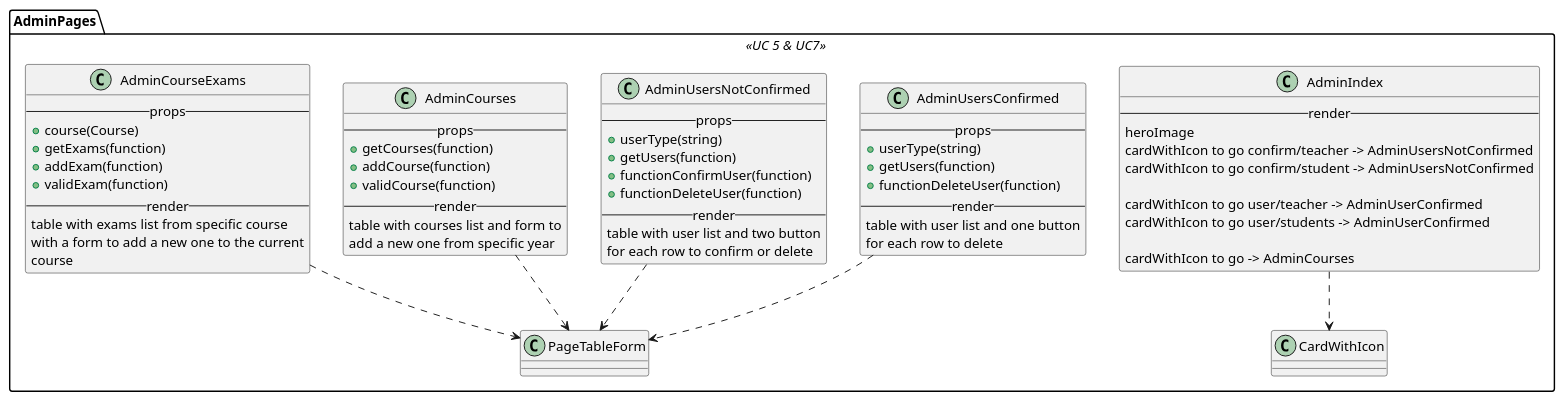
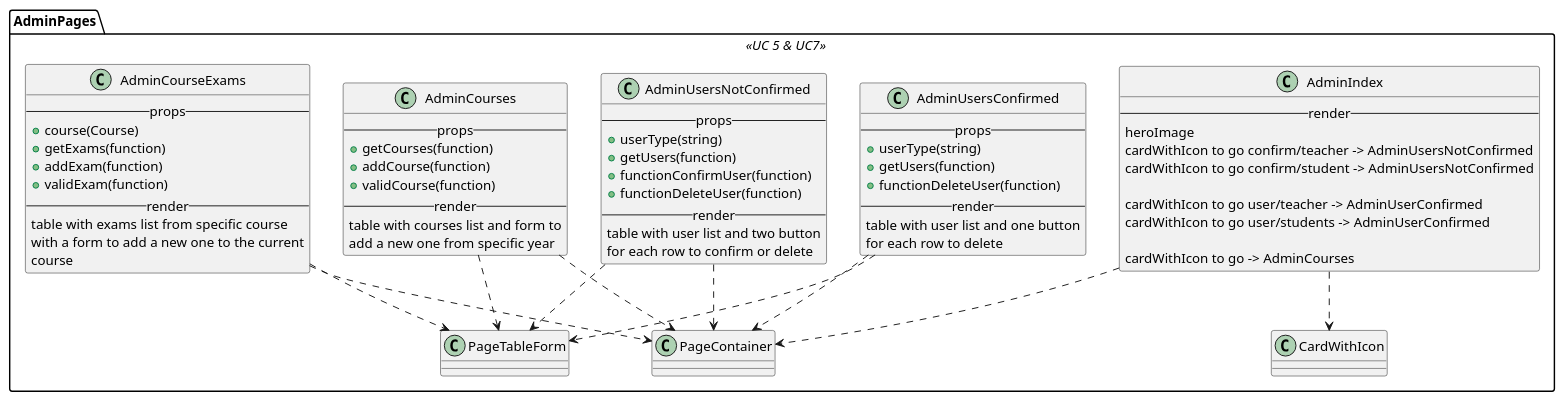
Before and after one commit to M9k/Marvin-Uml: the diagram in react/admin/index.iuml, drawn with PlantUML. The commit also changed 9 other files, not shown here.

Commit message:
Possibile proposta di UML per react

```diff
--- a/react/admin/index.iuml
+++ b/react/admin/index.iuml
@@ -1,63 +1,68 @@
 package AdminPages <<UC 5 & UC7>> {
 
 class AdminIndex{
 --render--
     heroImage
     cardWithIcon to go confirm/teacher -> AdminUsersNotConfirmed
     cardWithIcon to go confirm/student -> AdminUsersNotConfirmed
 
     cardWithIcon to go user/teacher -> AdminUserConfirmed
     cardWithIcon to go user/students -> AdminUserConfirmed
 
     cardWithIcon to go -> AdminCourses
 }
 AdminIndex ..> CardWithIcon
+AdminIndex ..> PageContainer
 
 class AdminUsersConfirmed{
     --props--
         + userType(string)
         + getUsers(function)
         + functionDeleteUser(function)
     --render--
         table with user list and one button
         for each row to delete
 }
 AdminUsersConfirmed ..> PageTableForm
+AdminUsersConfirmed ..> PageContainer
 
 class AdminUsersNotConfirmed{
     --props--
         + userType(string)
         + getUsers(function)
         + functionConfirmUser(function)
         + functionDeleteUser(function)
     --render--
         table with user list and two button
         for each row to confirm or delete
 }
 AdminUsersNotConfirmed ..> PageTableForm
+AdminUsersNotConfirmed ..> PageContainer
 
 class AdminCourses{
     --props--
         + getCourses(function)
         + addCourse(function)
         + validCourse(function)
     --render--
         table with courses list and form to
         add a new one from specific year
 }
 AdminCourses ..> PageTableForm
+AdminCourses ..> PageContainer
 
 class AdminCourseExams{
     --props--
         + course(Course)
         + getExams(function)
         + addExam(function)
         + validExam(function)
     --render--
         table with exams list from specific course
         with a form to add a new one to the current
         course
 }
 AdminCourseExams ..> PageTableForm
+AdminCourseExams ..> PageContainer
 
 }
```
